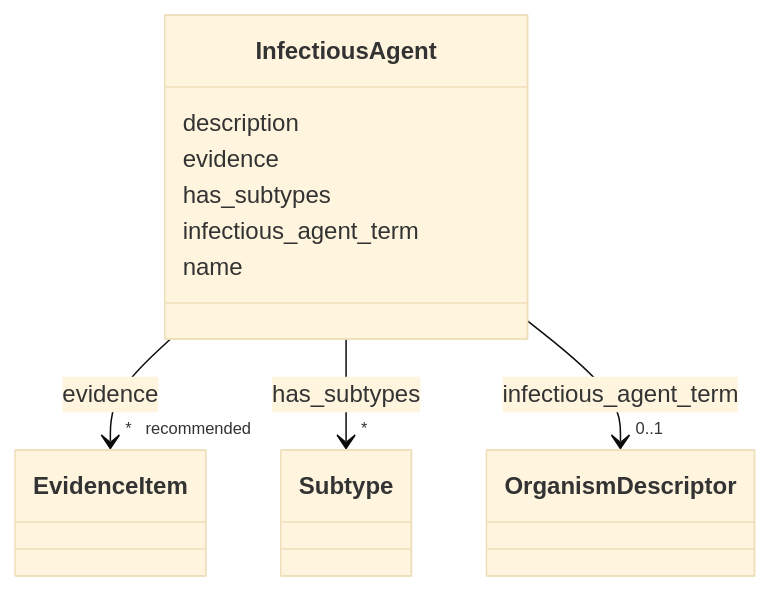
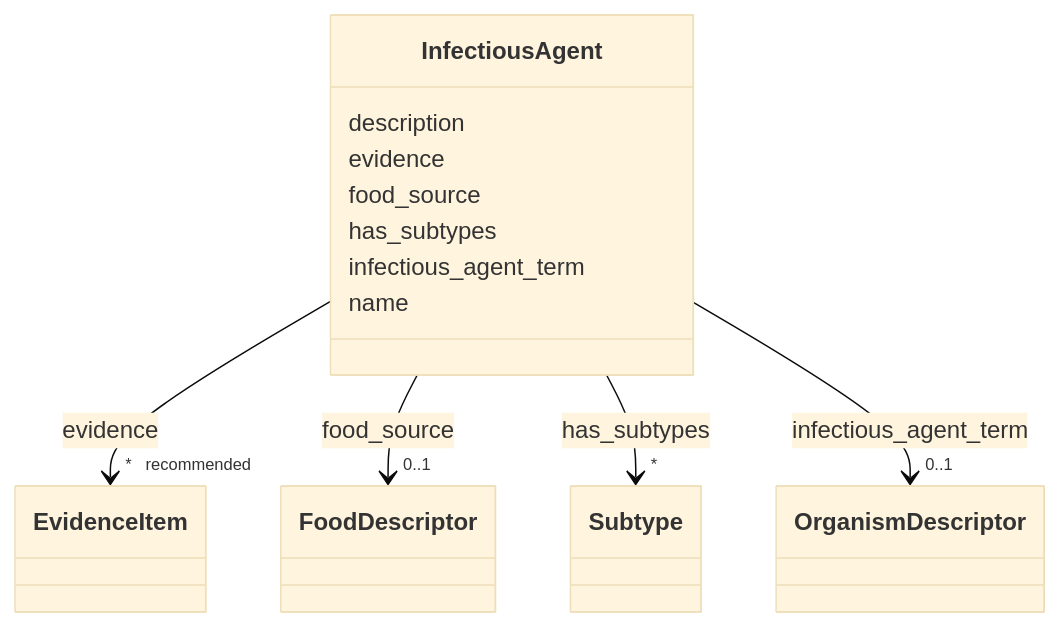
One commit to monarch-initiative/dismech changed the diagram in docs/schema/classes/InfectiousAgent.md. Above: the diagram before and after it, drawn with Mermaid (base theme). The commit also changed other lines of this file and 1343 other files, not shown here.

First line of the commit message:
docs: regenerate schema docs and point design-decisions link at rendered page

````diff
--- a/docs/schema/classes/InfectiousAgent.md
+++ b/docs/schema/classes/InfectiousAgent.md
@@ -13,43 +13,54 @@
 ```mermaid
  classDiagram
     class InfectiousAgent
     click InfectiousAgent href "../../classes/InfectiousAgent/"
       InfectiousAgent : description
         
       InfectiousAgent : evidence
         
           
     
         
         
         InfectiousAgent --> "* _recommended_" EvidenceItem : evidence
         click EvidenceItem href "../../classes/EvidenceItem/"
+    
+
+        
+      InfectiousAgent : food_source
+        
+          
+    
+        
+        
+        InfectiousAgent --> "0..1" FoodDescriptor : food_source
+        click FoodDescriptor href "../../classes/FoodDescriptor/"
     
 
         
       InfectiousAgent : has_subtypes
         
           
     
         
         
         InfectiousAgent --> "*" Subtype : has_subtypes
         click Subtype href "../../classes/Subtype/"
     
 
         
       InfectiousAgent : infectious_agent_term
         
           
     
         
         
         InfectiousAgent --> "0..1" OrganismDescriptor : infectious_agent_term
         click OrganismDescriptor href "../../classes/OrganismDescriptor/"
     
 
         
       InfectiousAgent : name
         
       
 ```
````
